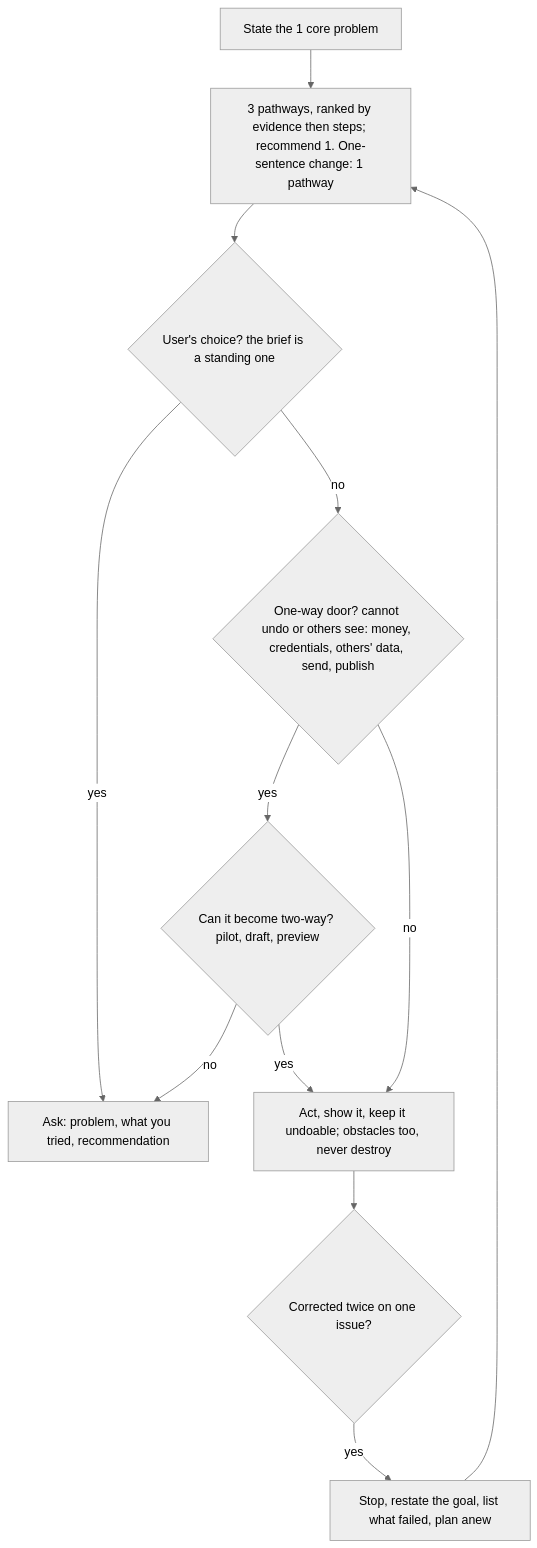
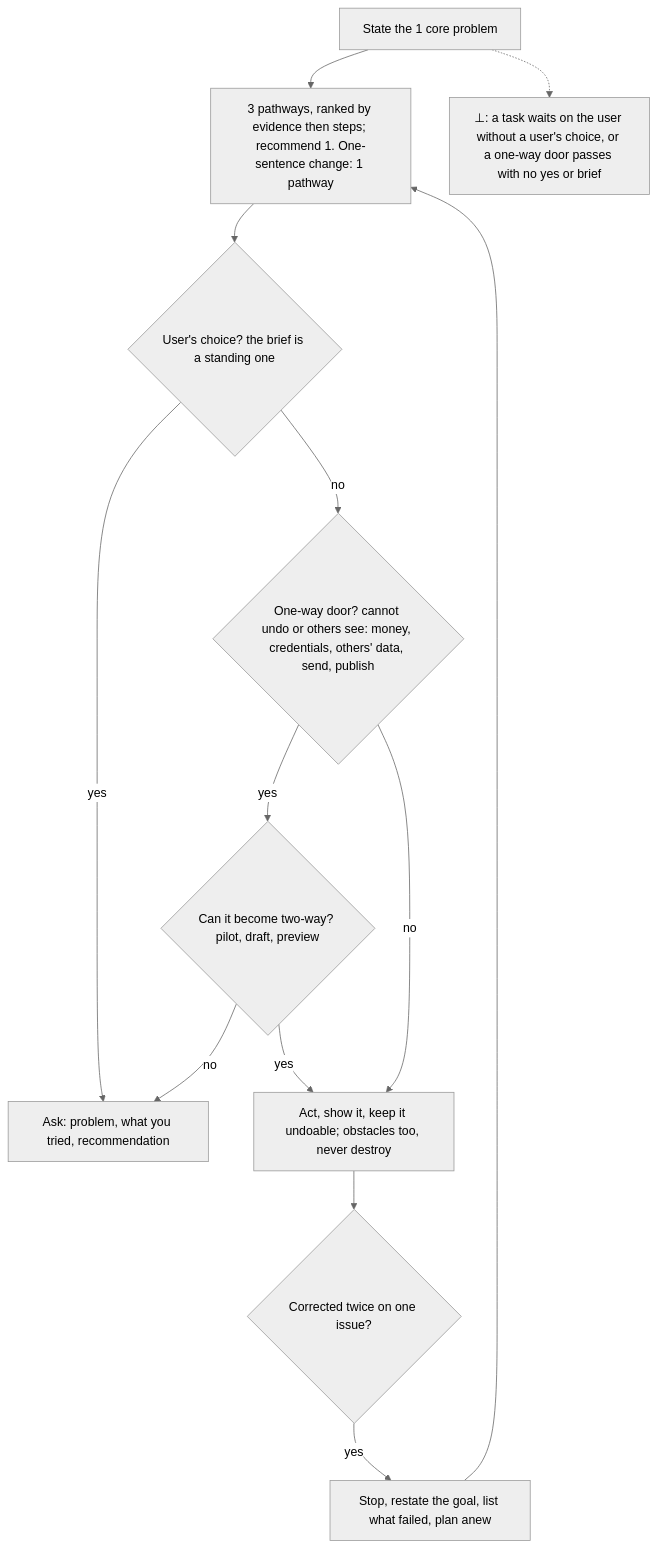
Before and after one commit to SolenixAI/arbiter: the ninth of 14 diagrams in AGENTS.md, drawn with Mermaid (neutral theme). The commit also changed other lines of this file, not shown here.

````diff
--- a/AGENTS.md
+++ b/AGENTS.md
@@ -390,13 +417,14 @@
 ```mermaid
 flowchart TD
   P1["State the 1 core problem"] --> T["3 pathways, ranked by evidence then steps; recommend 1. One-sentence change: 1 pathway"]
   T --> Q{"User's choice? the brief is a standing one"}
   Q -->|yes| W["Ask: problem, what you tried, recommendation"]
   Q -->|no| A{"One-way door? cannot undo or others see: money, credentials, others' data, send, publish"}
   A -->|yes| SH{"Can it become two-way? pilot, draft, preview"}
   SH -->|yes| X
   SH -->|no| W
   A -->|no| X["Act, show it, keep it undoable; obstacles too, never destroy"]
   X --> K{Corrected twice on one issue?}
   K -->|yes| Z["Stop, restate the goal, list what failed, plan anew"] --> T
+  P1 -.-> BOT["⊥: a task waits on the user without a user's choice, or a one-way door passes with no yes or brief"]
 ```
````
